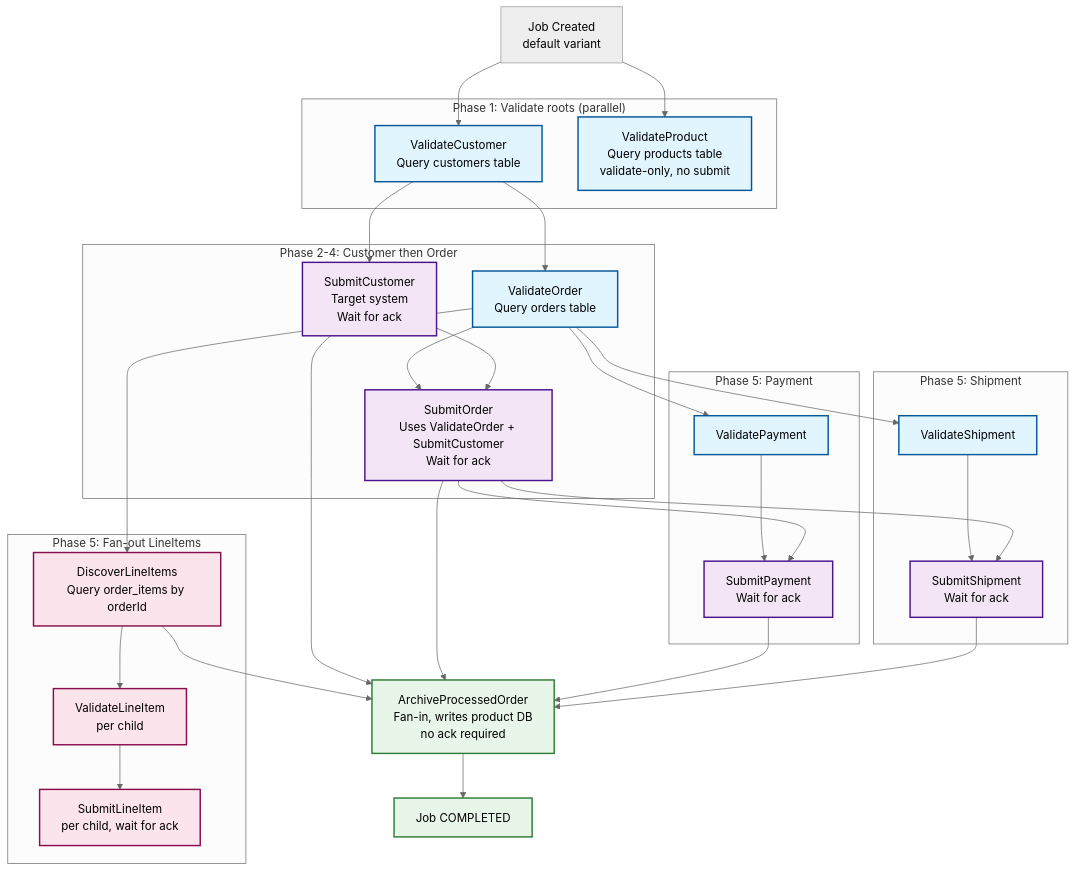
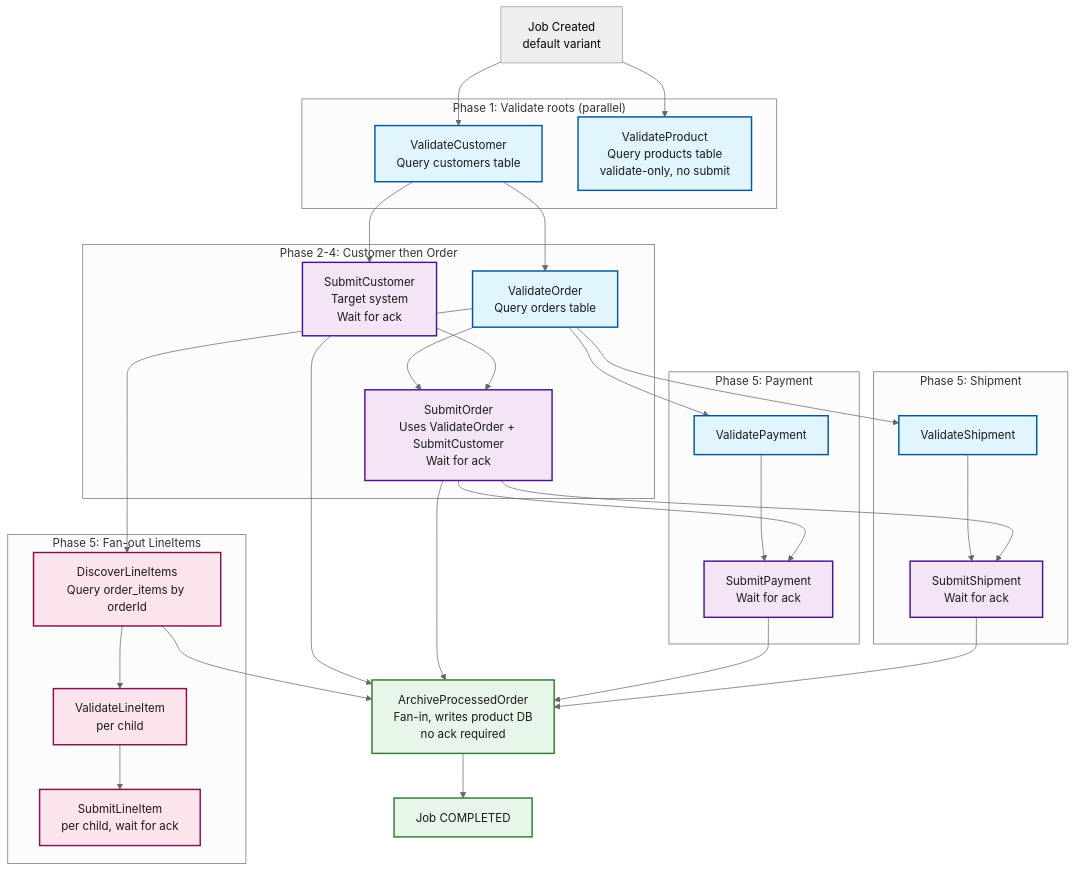
The ninth of 9 diagrams in docs/guides/system-architecture.md (inctasoft/setpoint-evals-dtm-examples), drawn with Mermaid (neutral theme) before and after one commit. The commit also changed other lines of this file and 1 other file, not shown here.

First line of the commit message:
docs: explicit dark text color on 46 pastel mermaid classDefs (scout M5, #123) (#124)

````diff
--- a/docs/guides/system-architecture.md
+++ b/docs/guides/system-architecture.md
@@ -1171,71 +1171,71 @@
 ```mermaid
 graph TB
     START["Job Created<br/>default variant"]
 
     subgraph "Phase 1: Validate roots (parallel)"
         VC["ValidateCustomer<br/>Query customers table"]
         VP["ValidateProduct<br/>Query products table<br/>validate-only, no submit"]
     end
 
     subgraph "Phase 2-4: Customer then Order"
         SC["SubmitCustomer<br/>Target system<br/>Wait for ack"]
         VO["ValidateOrder<br/>Query orders table"]
         SO["SubmitOrder<br/>Uses ValidateOrder + SubmitCustomer<br/>Wait for ack"]
     end
 
     subgraph "Phase 5: Fan-out LineItems"
         DLI["DiscoverLineItems<br/>Query order_items by orderId"]
         VLI["ValidateLineItem<br/>per child"]
         SLI["SubmitLineItem<br/>per child, wait for ack"]
     end
 
     subgraph "Phase 5: Payment"
         VPAY["ValidatePayment"]
         SPAY["SubmitPayment<br/>Wait for ack"]
     end
 
     subgraph "Phase 5: Shipment"
         VSHIP["ValidateShipment"]
         SSHIP["SubmitShipment<br/>Wait for ack"]
     end
 
     ARCHIVE["ArchiveProcessedOrder<br/>Fan-in, writes product DB<br/>no ack required"]
     COMPLETE["Job COMPLETED"]
 
     START --> VC
     START --> VP
 
     VC --> SC
     VC --> VO
     VO --> SO
     SC --> SO
 
     VO --> DLI
     DLI --> VLI
     VLI --> SLI
 
     VO --> VPAY
     VPAY --> SPAY
     SO --> SPAY
 
     VO --> VSHIP
     VSHIP --> SSHIP
     SO --> SSHIP
 
     SC --> ARCHIVE
     SO --> ARCHIVE
     DLI --> ARCHIVE
     SPAY --> ARCHIVE
     SSHIP --> ARCHIVE
     ARCHIVE --> COMPLETE
 
-    classDef validate fill:#e1f5fe,stroke:#01579b,stroke-width:2px
-    classDef submit fill:#f3e5f5,stroke:#4a148c,stroke-width:2px
-    classDef fanout fill:#fce4ec,stroke:#880e4f,stroke-width:2px
-    classDef complete fill:#e8f5e9,stroke:#2e7d32,stroke-width:2px
+    classDef validate fill:#e1f5fe,color:#1a1a1a,stroke:#01579b,stroke-width:2px
+    classDef submit fill:#f3e5f5,color:#1a1a1a,stroke:#4a148c,stroke-width:2px
+    classDef fanout fill:#fce4ec,color:#1a1a1a,stroke:#880e4f,stroke-width:2px
+    classDef complete fill:#e8f5e9,color:#1a1a1a,stroke:#2e7d32,stroke-width:2px
 
     class VC,VP,VO,VPAY,VSHIP validate
     class SC,SO,SPAY,SSHIP submit
     class DLI,VLI,SLI fanout
     class ARCHIVE,COMPLETE complete
 ```
````
